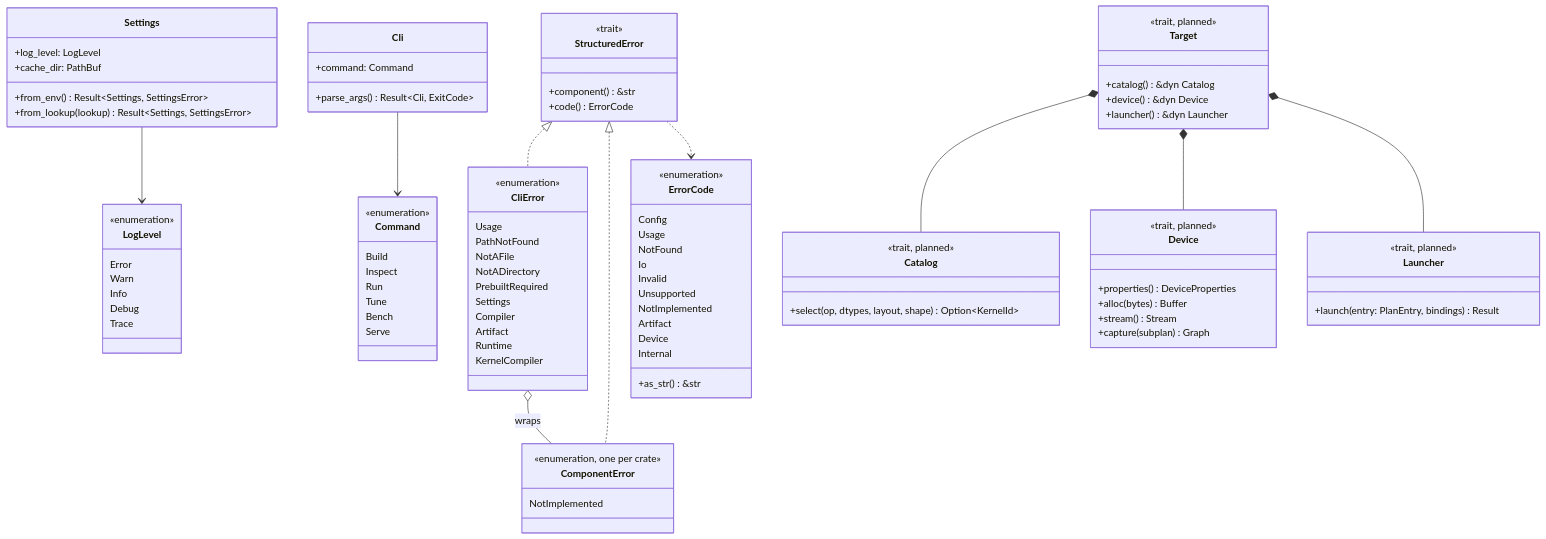
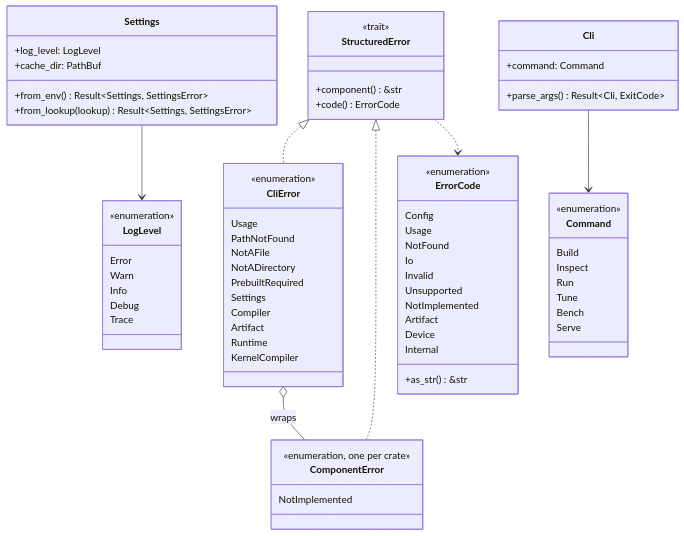
The second of 17 diagrams in content/design-diagrams.md (itej89/rustinfer-docs), drawn with Mermaid before and after one commit. The commit also changed other lines of this file and 21 other files, not shown here.

````diff
--- a/content/design-diagrams.md
+++ b/content/design-diagrams.md
@@ -156,34 +169,10 @@
         Bench
         Serve
     }
-    class Target {
-        <<trait, planned>>
-        +catalog() &dyn Catalog
-        +device() &dyn Device
-        +launcher() &dyn Launcher
-    }
-    class Catalog {
-        <<trait, planned>>
-        +select(op, dtypes, layout, shape) Option~KernelId~
-    }
-    class Device {
-        <<trait, planned>>
-        +properties() DeviceProperties
-        +alloc(bytes) Buffer
-        +stream() Stream
-        +capture(subplan) Graph
-    }
-    class Launcher {
-        <<trait, planned>>
-        +launch(entry: PlanEntry, bindings) Result
-    }
     Settings --> LogLevel
     StructuredError <|.. CliError
     StructuredError <|.. ComponentError
     StructuredError ..> ErrorCode
     CliError o-- ComponentError : wraps
     Cli --> Command
-    Target *-- Catalog
-    Target *-- Device
-    Target *-- Launcher
 ```
````
